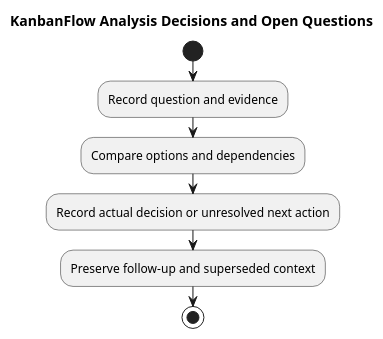
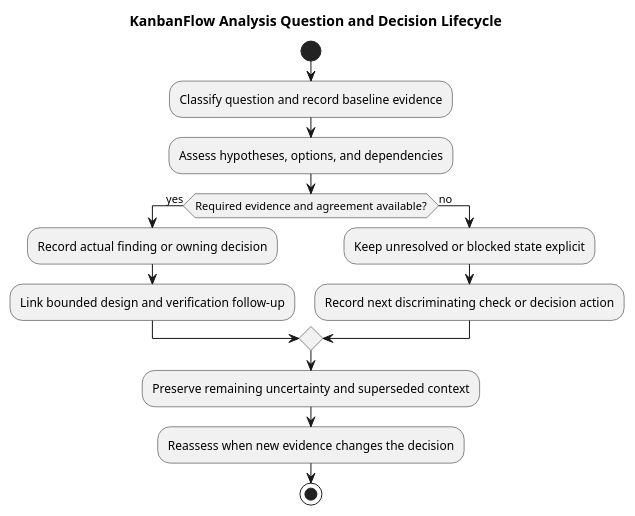
The diagram in docs/SDLC/03-analysis/analysis-decisions-and-open-questions.md (Farhad-Valizadegan/Web-KanbanFlow), drawn with PlantUML before and after one commit. The commit also changed other lines of this file and 2 other files, not shown here.

Commit message:
docs: complete analysis decisions questions and closure guidance

````diff
--- a/docs/SDLC/03-analysis/analysis-decisions-and-open-questions.md
+++ b/docs/SDLC/03-analysis/analysis-decisions-and-open-questions.md
@@ -35,11 +127,18 @@
 ```plantuml
 @startuml
-title KanbanFlow Analysis Decisions and Open Questions
+title KanbanFlow Analysis Question and Decision Lifecycle
 start
-:Record question and evidence;
-:Compare options and dependencies;
-:Record actual decision or unresolved next action;
-:Preserve follow-up and superseded context;
+:Classify question and record baseline evidence;
+:Assess hypotheses, options, and dependencies;
+if (Required evidence and agreement available?) then (yes)
+ :Record actual finding or owning decision;
+ :Link bounded design and verification follow-up;
+else (no)
+ :Keep unresolved or blocked state explicit;
+ :Record next discriminating check or decision action;
+endif
+:Preserve remaining uncertainty and superseded context;
+:Reassess when new evidence changes the decision;
 stop
 @enduml
 ```
````
